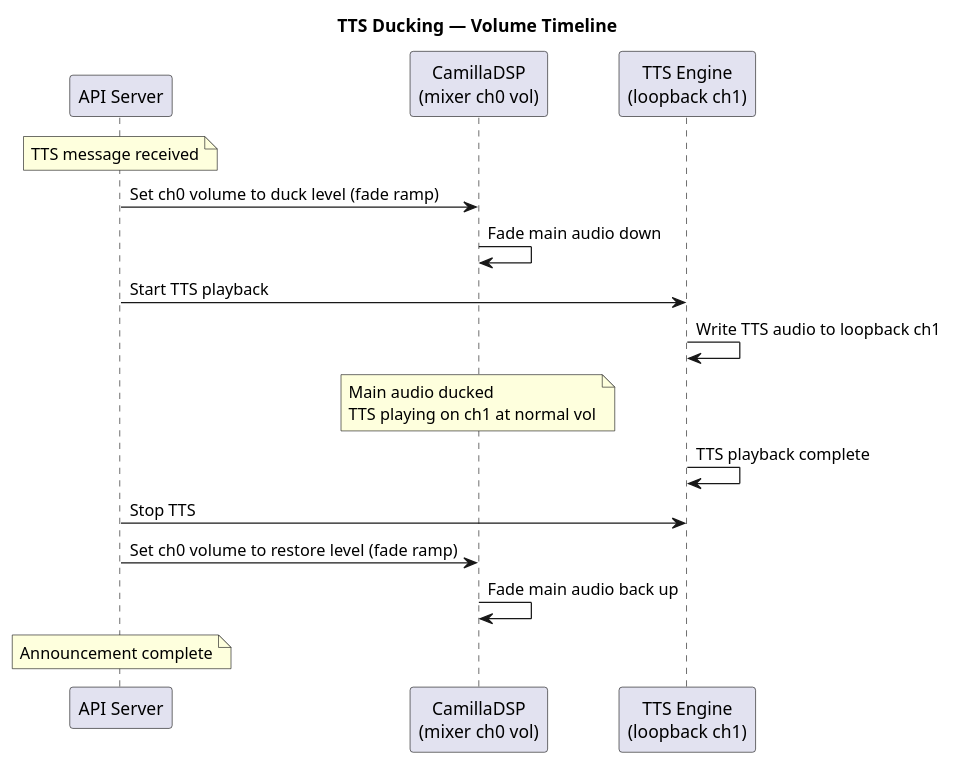
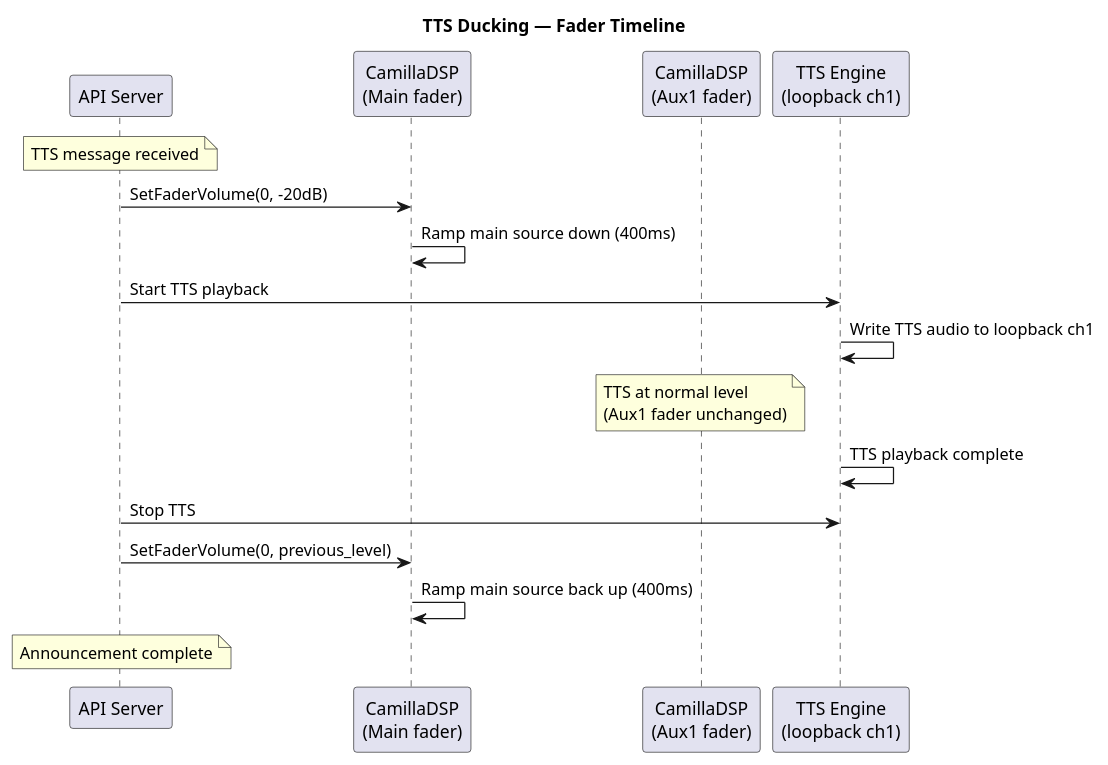
The third of 3 diagrams in docs/source/architecture/camilladsp/index.rst (LydByDissing/kids-desktop-speaker), drawn with PlantUML before and after one commit. The commit also changed other lines of this file and 4 other files, not shown here.

First line of the commit message:
docs: CamillaDSP fader architecture — confirmed per-source volume control

```diff
--- a/docs/source/architecture/camilladsp/index.rst
+++ b/docs/source/architecture/camilladsp/index.rst
@@ -168,23 +242,24 @@
 .. plantuml::
-   :caption: TTS Ducking — Volume Timeline
+   :caption: TTS Ducking — Fader Timeline
    :name: fig-cdsp-tts-ducking
 
    @startuml
-   title TTS Ducking — Volume Timeline
+   title TTS Ducking — Fader Timeline
 
    participant "API Server" as api
-   participant "CamillaDSP\n(mixer ch0 vol)" as cdsp
+   participant "CamillaDSP\n(Main fader)" as main
+   participant "CamillaDSP\n(Aux1 fader)" as aux1
    participant "TTS Engine\n(loopback ch1)" as tts
 
    note over api: TTS message received
-   api -> cdsp: Set ch0 volume to duck level (fade ramp)
-   cdsp -> cdsp: Fade main audio down
-   api -> tts: Start TTS playback
-   tts -> tts: Write TTS audio to loopback ch1
-   note over cdsp: Main audio ducked\nTTS playing on ch1 at normal vol
-   tts -> tts: TTS playback complete
-   api -> tts: Stop TTS
-   api -> cdsp: Set ch0 volume to restore level (fade ramp)
-   cdsp -> cdsp: Fade main audio back up
-   note over api: Announcement complete
+   api -> main : SetFaderVolume(0, -20dB)
+   main -> main : Ramp main source down (400ms)
+   api -> tts : Start TTS playback
+   tts -> tts : Write TTS audio to loopback ch1
+   note over aux1 : TTS at normal level\n(Aux1 fader unchanged)
+   tts -> tts : TTS playback complete
+   api -> tts : Stop TTS
+   api -> main : SetFaderVolume(0, previous_level)
+   main -> main : Ramp main source back up (400ms)
+   note over api : Announcement complete
    @enduml
```
